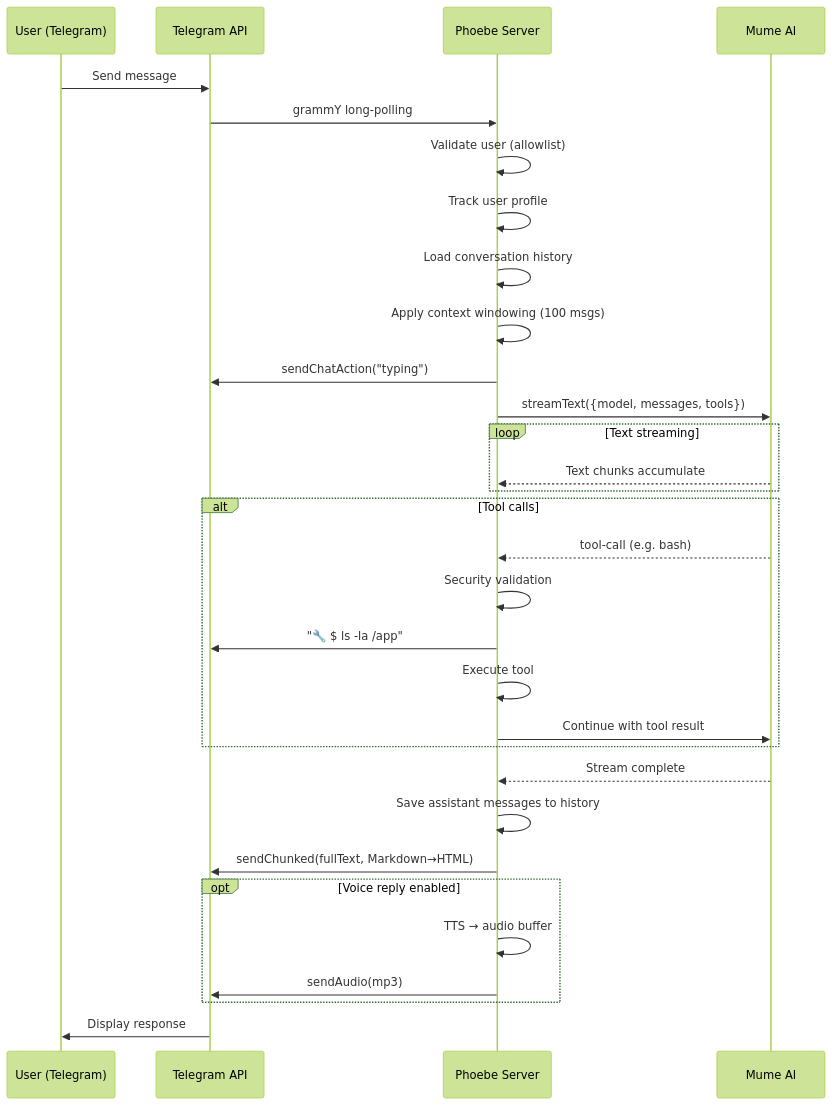
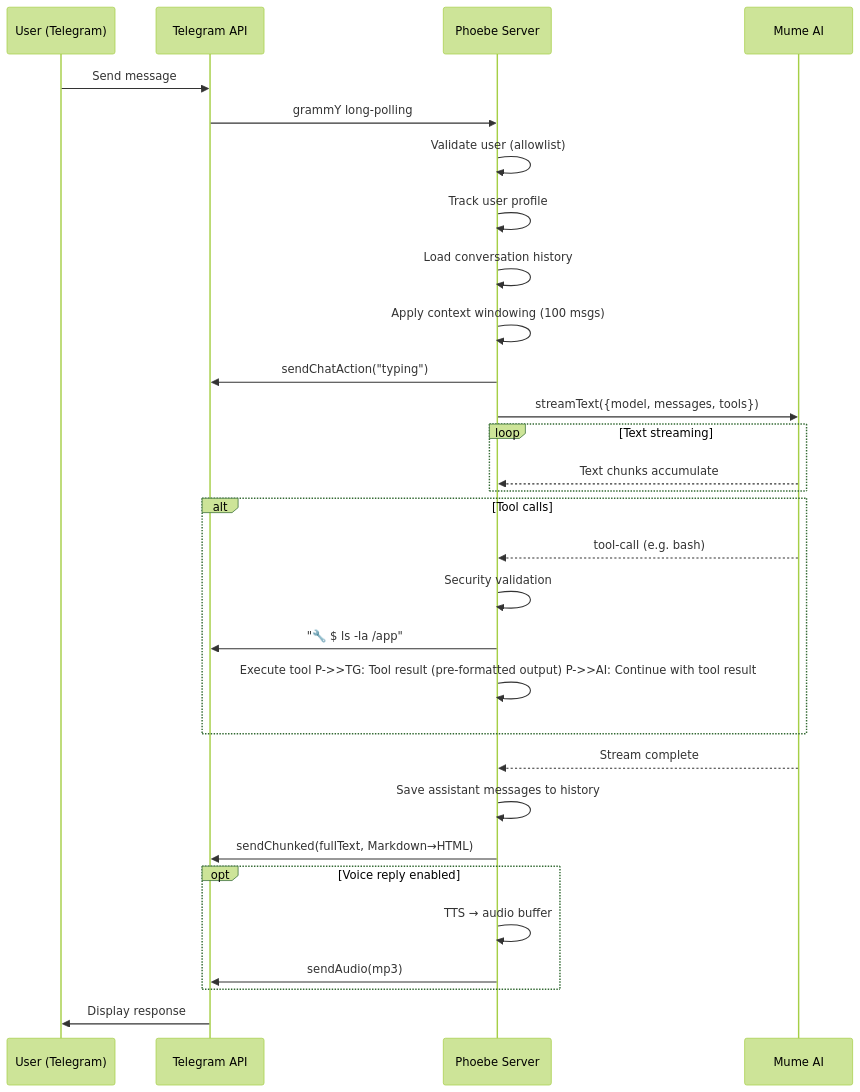
Before and after one commit to muse-mesh/phoebe: the fifth of 13 diagrams in ARCHITECTURE.md, drawn with Mermaid (forest theme). The commit also changed other lines of this file and 1 other file, not shown here.

Commit message:
docs: update README & ARCHITECTURE for sendToolResult, timeouts, /models ollama

````diff
--- a/ARCHITECTURE.md
+++ b/ARCHITECTURE.md
@@ -309,39 +312,38 @@
 ```mermaid
 sequenceDiagram
     participant U as User (Telegram)
     participant TG as Telegram API
     participant P as Phoebe Server
     participant AI as Mume AI
 
     U->>TG: Send message
     TG->>P: grammY long-polling
     P->>P: Validate user (allowlist)
     P->>P: Track user profile
     P->>P: Load conversation history
     P->>P: Apply context windowing (100 msgs)
     P->>TG: sendChatAction("typing")
 
     P->>AI: streamText({model, messages, tools})
     loop Text streaming
         AI-->>P: Text chunks accumulate
     end
 
     alt Tool calls
         AI-->>P: tool-call (e.g. bash)
         P->>P: Security validation
         P->>TG: "🔧 $ ls -la /app"
-        P->>P: Execute tool
-        P->>AI: Continue with tool result
+        P->>P: Execute tool        P->>TG: Tool result (pre-formatted output)        P->>AI: Continue with tool result
     end
 
     AI-->>P: Stream complete
     P->>P: Save assistant messages to history
     P->>TG: sendChunked(fullText, Markdown→HTML)
 
     opt Voice reply enabled
         P->>P: TTS → audio buffer
         P->>TG: sendAudio(mp3)
     end
 
     TG->>U: Display response
 ```
````
